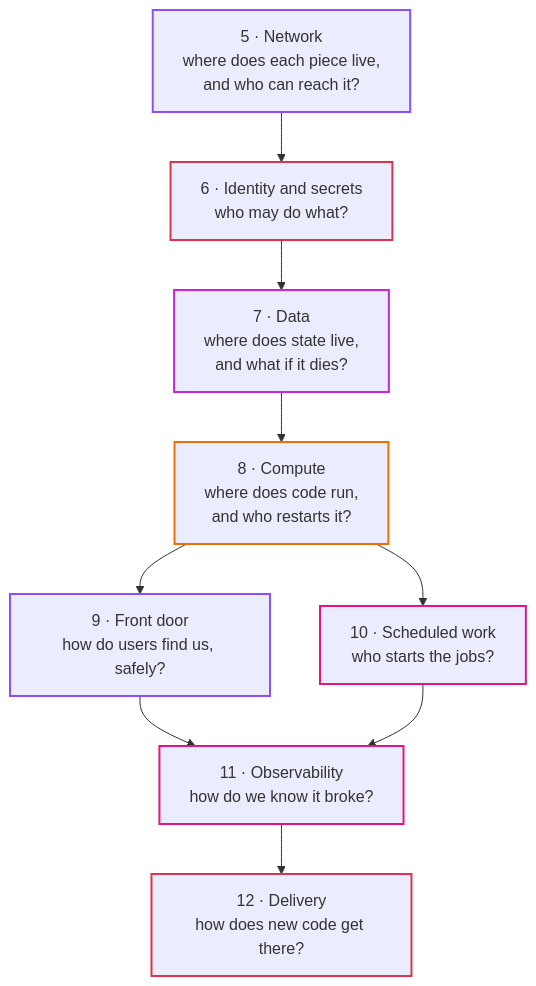
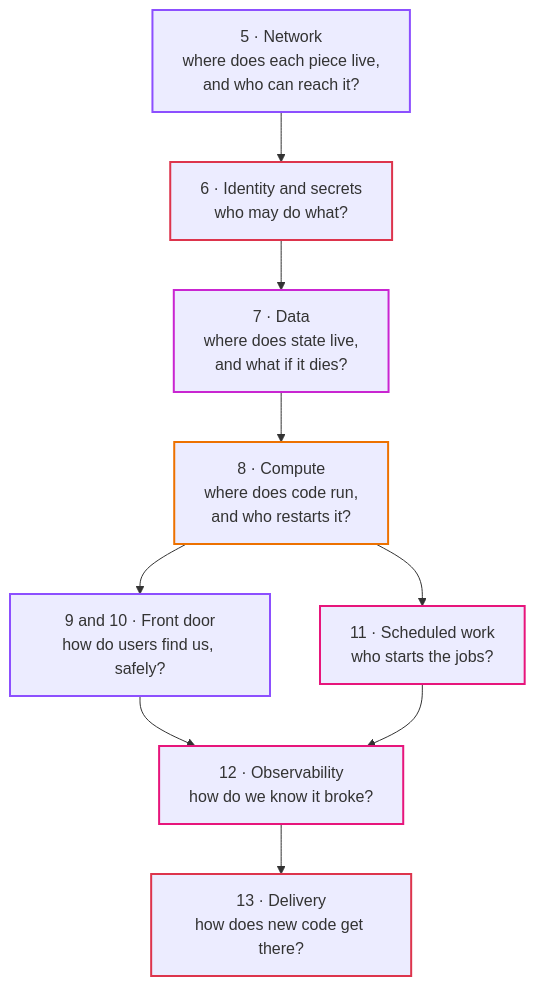
One commit to shadreza/aws-three-tier-cloud-ref-architecture changed the second of 2 diagrams in docs/storybook/04-leaving-the-laptop.md. Above: the diagram before and after it, drawn with Mermaid. The commit also changed other lines of this file and 23 other files, not shown here.

````diff
--- a/docs/storybook/04-leaving-the-laptop.md
+++ b/docs/storybook/04-leaving-the-laptop.md
@@ -150,22 +104,21 @@
 ```mermaid
 flowchart TD
     net["5 · Network<br/>where does each piece live,<br/>and who can reach it?"] --> id["6 · Identity and secrets<br/>who may do what?"]
     id --> data["7 · Data<br/>where does state live,<br/>and what if it dies?"]
     data --> comp["8 · Compute<br/>where does code run,<br/>and who restarts it?"]
-    comp --> edge["9 · Front door<br/>how do users find us, safely?"]
-    comp --> jobs["10 · Scheduled work<br/>who starts the jobs?"]
-    edge --> obs["11 · Observability<br/>how do we know it broke?"]
+    comp --> edge["9 and 10 · Front door<br/>how do users find us, safely?"]
+    comp --> jobs["11 · Scheduled work<br/>who starts the jobs?"]
+    edge --> obs["12 · Observability<br/>how do we know it broke?"]
     jobs --> obs
-    obs --> ci["12 · Delivery<br/>how does new code get there?"]
+    obs --> ci["13 · Delivery<br/>how does new code get there?"]
     classDef compute stroke:#ED7100,stroke-width:2px
     classDef jobs stroke:#E7157B,stroke-width:2px
     classDef database stroke:#C925D1,stroke-width:2px
     classDef network stroke:#8C4FFF,stroke-width:2px
     classDef security stroke:#DD344C,stroke-width:2px
     class net,edge network
-    class id security
+    class id,ci security
     class data database
     class comp compute
     class jobs,obs jobs
-    class ci security
 ```
````
